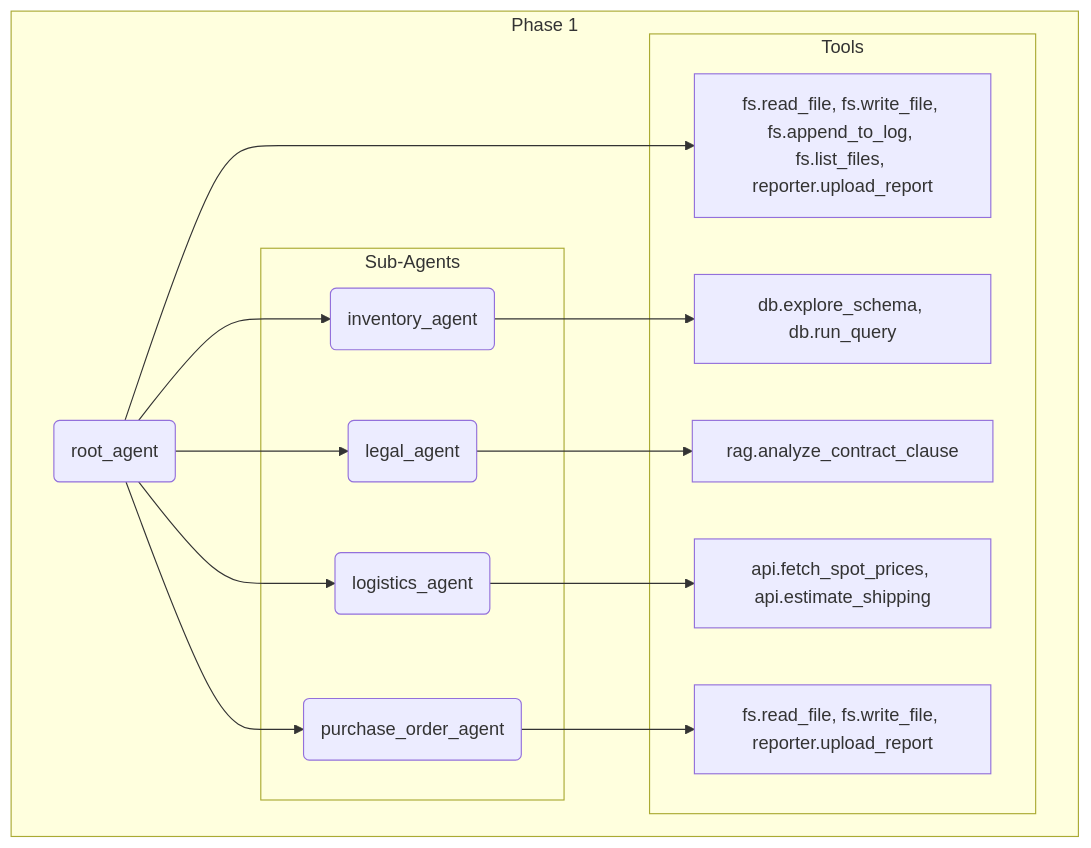
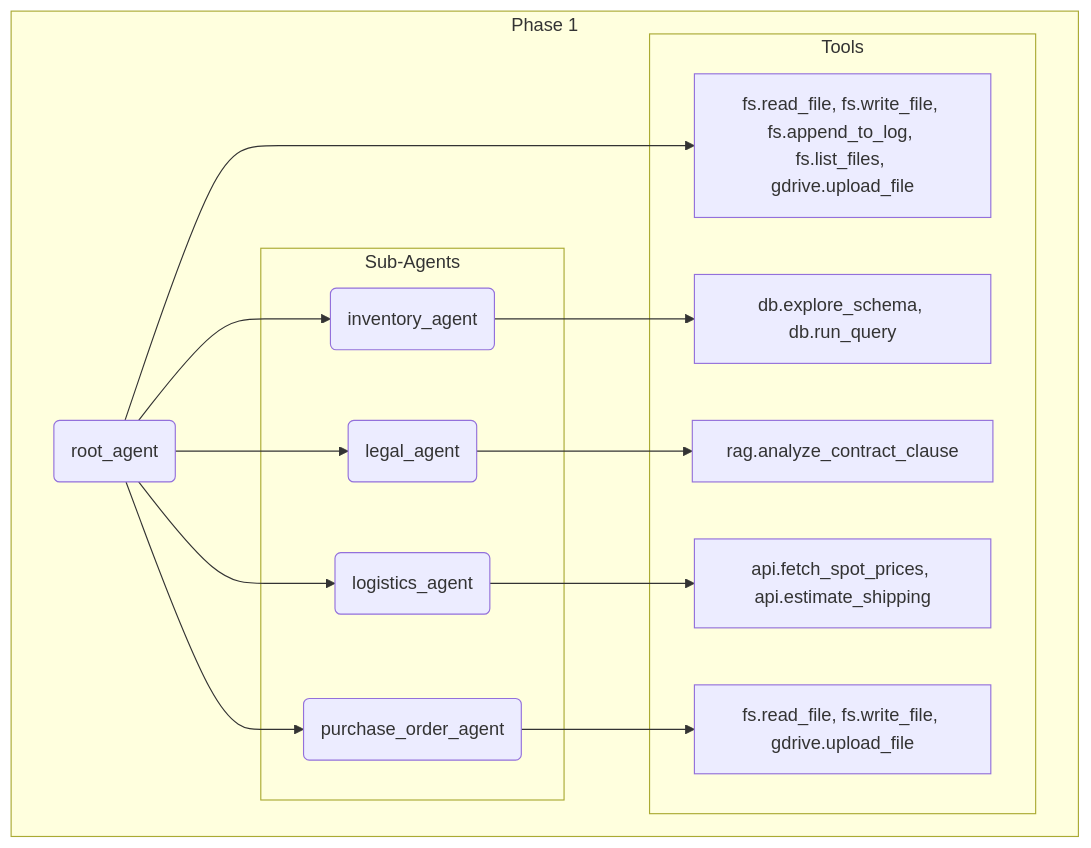
One commit to misha-chertushkin/gpu_procurement_lab changed the first of 2 diagrams in README.md. Above: the diagram before and after it, drawn with Mermaid. The commit also changed other lines of this file and 10 other files, not shown here.

````diff
--- a/README.md
+++ b/README.md
@@ -76,32 +76,32 @@
 ```mermaid
 graph TD
     subgraph "Phase 1"
         root_agent_P1("root_agent");
 
         subgraph "Sub-Agents"
             inventory_agent_P1("inventory_agent");
             legal_agent_P1("legal_agent");
             logistics_agent_P1("logistics_agent");
             purchase_order_agent_P1("purchase_order_agent");
         end
 
         subgraph "Tools"
-            CommanderTools_P1["fs.read_file, fs.write_file, fs.append_to_log, fs.list_files, reporter.upload_report"];
+            CommanderTools_P1["fs.read_file, fs.write_file, fs.append_to_log, fs.list_files, gdrive.upload_file"];
             InventoryTools_P1["db.explore_schema, db.run_query"];
             LegalTools_P1["rag.analyze_contract_clause"];
             LogisticsTools_P1["api.fetch_spot_prices, api.estimate_shipping"];
-            PurchaseOrderTools_P1["fs.read_file, fs.write_file, reporter.upload_report"];
+            PurchaseOrderTools_P1["fs.read_file, fs.write_file, gdrive.upload_file"];
         end
 
         root_agent_P1 --> inventory_agent_P1;
         root_agent_P1 --> legal_agent_P1;
         root_agent_P1 --> logistics_agent_P1;
         root_agent_P1 --> purchase_order_agent_P1;
 
         root_agent_P1 --> CommanderTools_P1;
         inventory_agent_P1 --> InventoryTools_P1;
         legal_agent_P1 --> LegalTools_P1;
         logistics_agent_P1 --> LogisticsTools_P1;
         purchase_order_agent_P1 --> PurchaseOrderTools_P1;
     end
 ```
````
